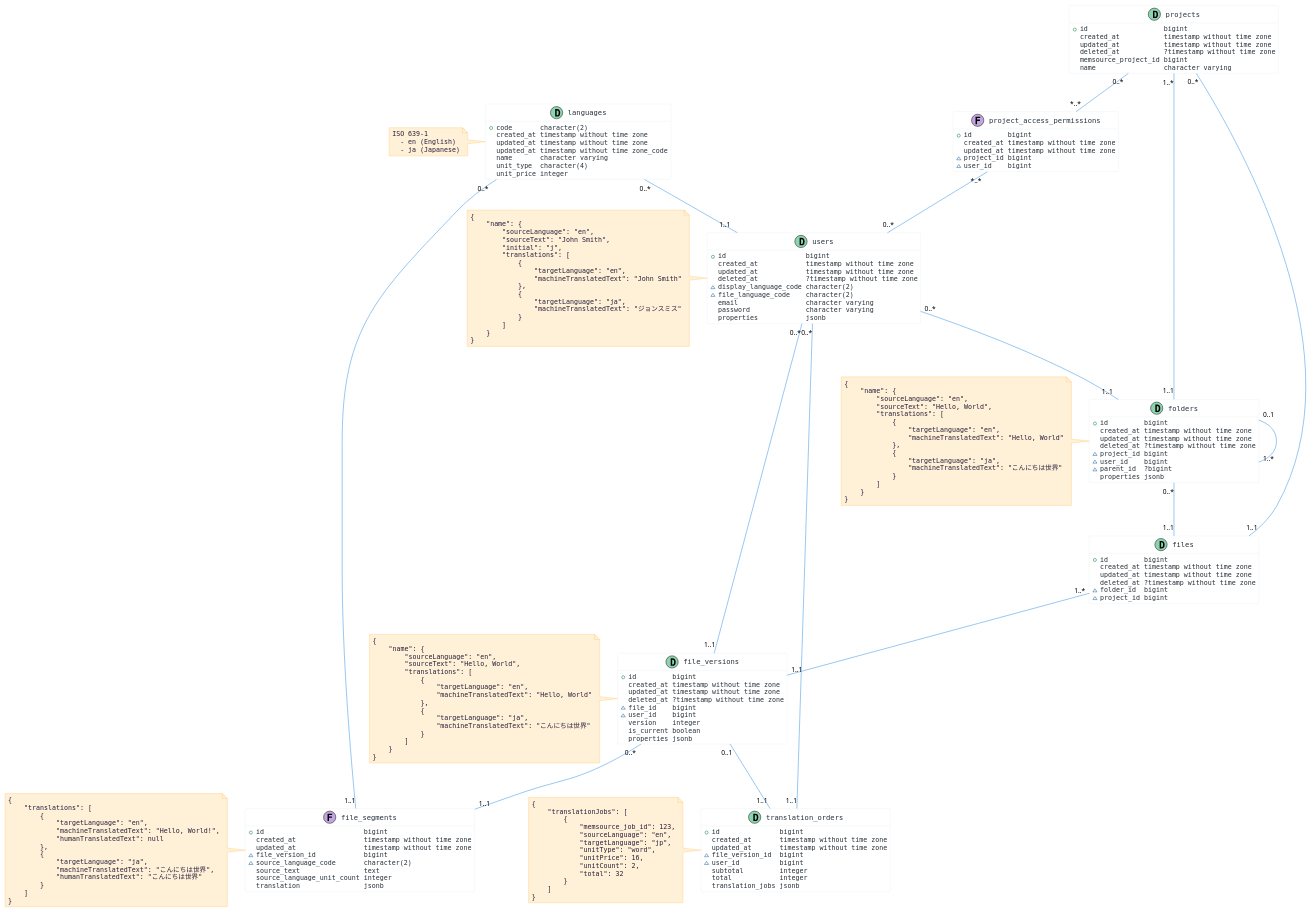
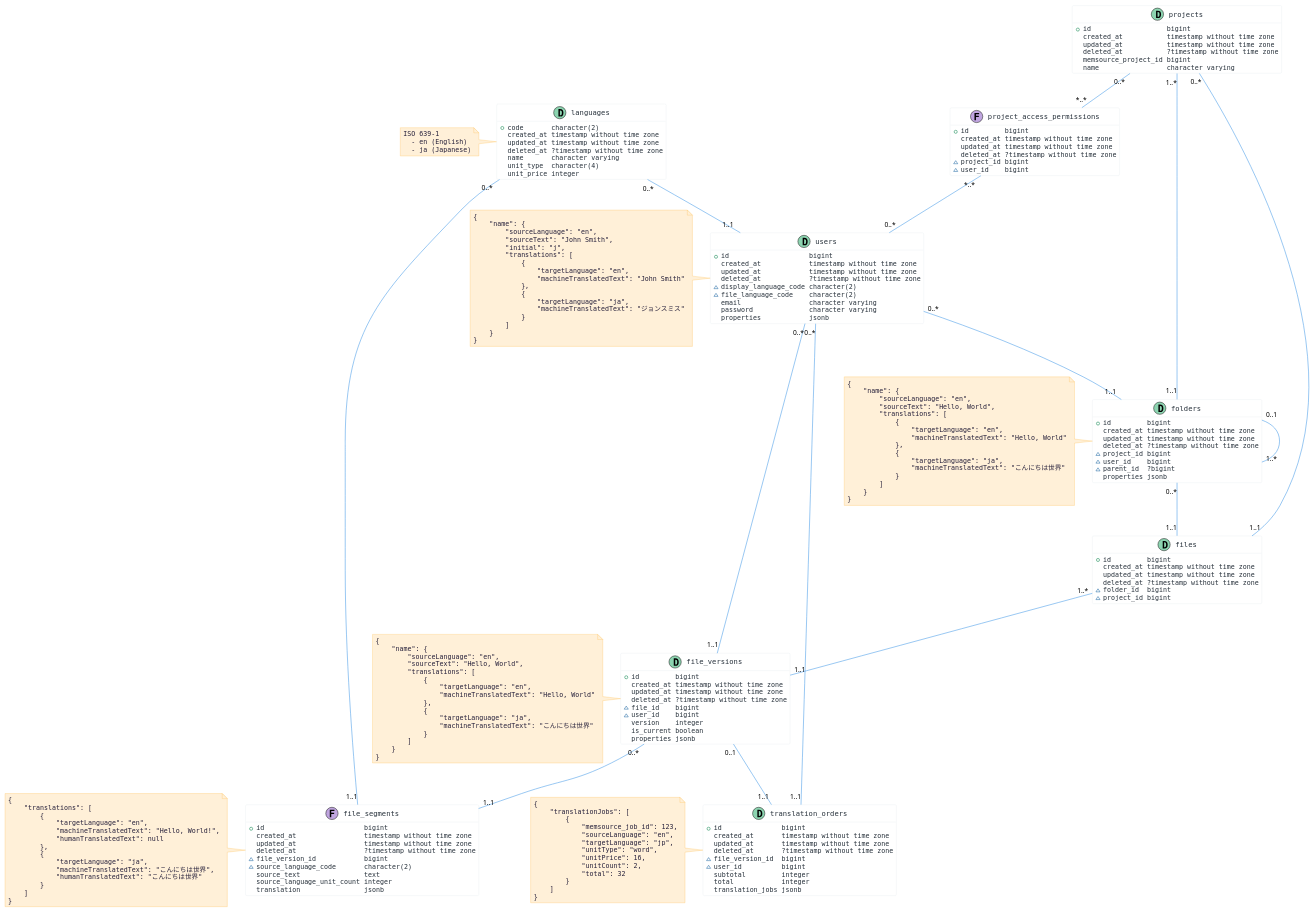
Before and after one commit to james-wovn/learn-go: the diagram in rest-api/PhysicalDataModel.puml, drawn with PlantUML.

Commit message:
Add delete_at fields to all models

```diff
--- a/rest-api/PhysicalDataModel.puml
+++ b/rest-api/PhysicalDataModel.puml
@@ -46,7 +46,7 @@
     {field} +code       character(2)
     {field} created_at timestamp without time zone
     {field} updated_at timestamp without time zone
-    {field} updated_at timestamp without time zone_code
+    {field} deleted_at ?timestamp without time zone
     {field} name       character varying
     {field} unit_type  character(4)
     {field} unit_price integer
@@ -92,6 +92,7 @@
     {field} +id         bigint
     {field} created_at timestamp without time zone
     {field} updated_at timestamp without time zone
+    {field} deleted_at ?timestamp without time zone
     {field} ~project_id bigint
     {field} ~user_id    bigint
 }
@@ -168,6 +169,7 @@
     {field} +id                         bigint
     {field} created_at                 timestamp without time zone
     {field} updated_at                 timestamp without time zone
+    {field} deleted_at                 ?timestamp without time zone
     {field} ~file_version_id            bigint
     {field} ~source_language_code       character(2)
     {field} source_text                text
@@ -195,6 +197,7 @@
     {field} +id               bigint
     {field} created_at       timestamp without time zone
     {field} updated_at       timestamp without time zone
+    {field} deleted_at       ?timestamp without time zone
     {field} ~file_version_id  bigint
     {field} ~user_id          bigint
     {field} subtotal         integer
```
